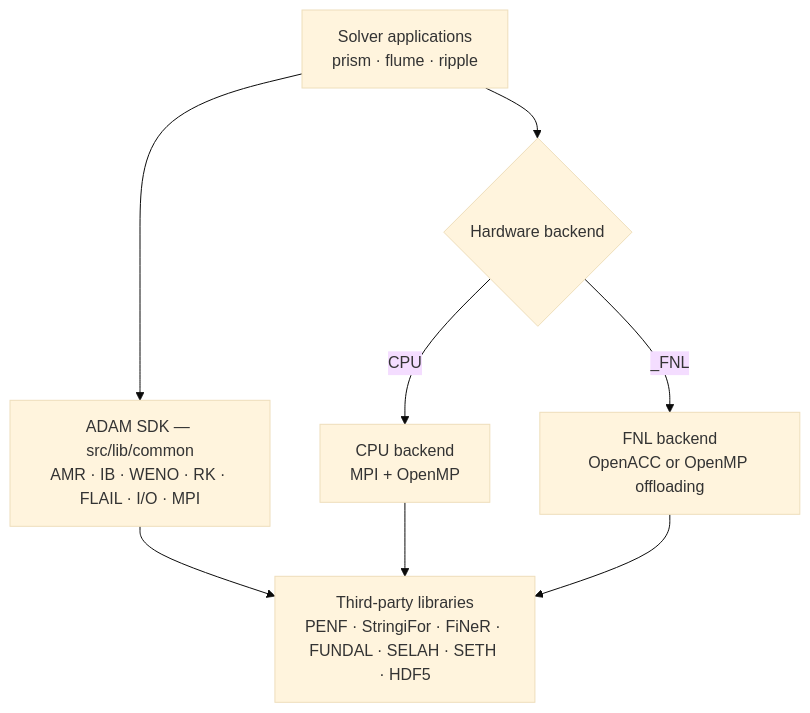
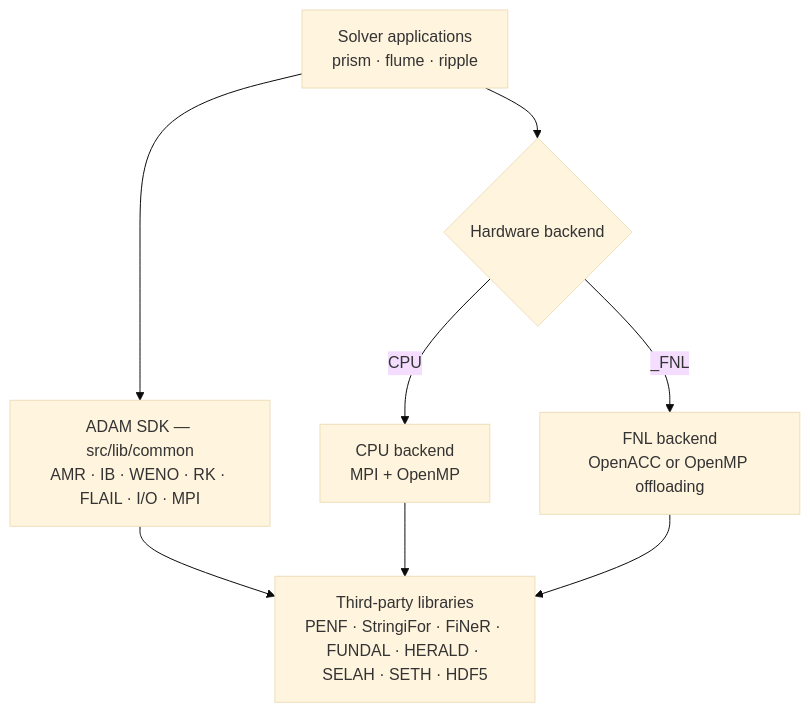
Before and after one commit to szaghi/adam: the first of 2 diagrams in docs/concepts/architecture.md, drawn with Mermaid (base theme). The commit also changed 18 other files, not shown here.

First line of the commit message:
build(deps): HERALD as a fetched dependency, its device macros next to FUNDAL's (#158 A1)

````diff
--- a/docs/concepts/architecture.md
+++ b/docs/concepts/architecture.md
@@ -24,10 +24,10 @@
 ```mermaid
 graph TD
     A[Solver applications<br/>prism · flume · ripple] --> B[ADAM SDK — src/lib/common<br/>AMR · IB · WENO · RK · FLAIL · I/O · MPI]
     A --> C{Hardware backend}
     C -->|CPU| CPU[CPU backend<br/>MPI + OpenMP]
     C -->|_FNL| E[FNL backend<br/>OpenACC or OpenMP offloading]
-    B --> G[Third-party libraries<br/>PENF · StringiFor · FiNeR · FUNDAL · SELAH · SETH · HDF5]
+    B --> G[Third-party libraries<br/>PENF · StringiFor · FiNeR · FUNDAL · HERALD · SELAH · SETH · HDF5]
     CPU --> G
     E --> G
 ```
````
